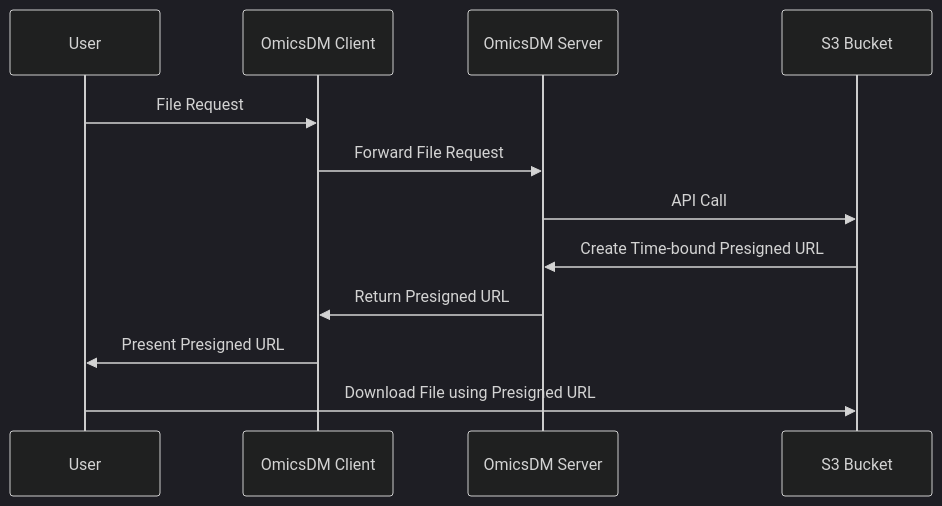
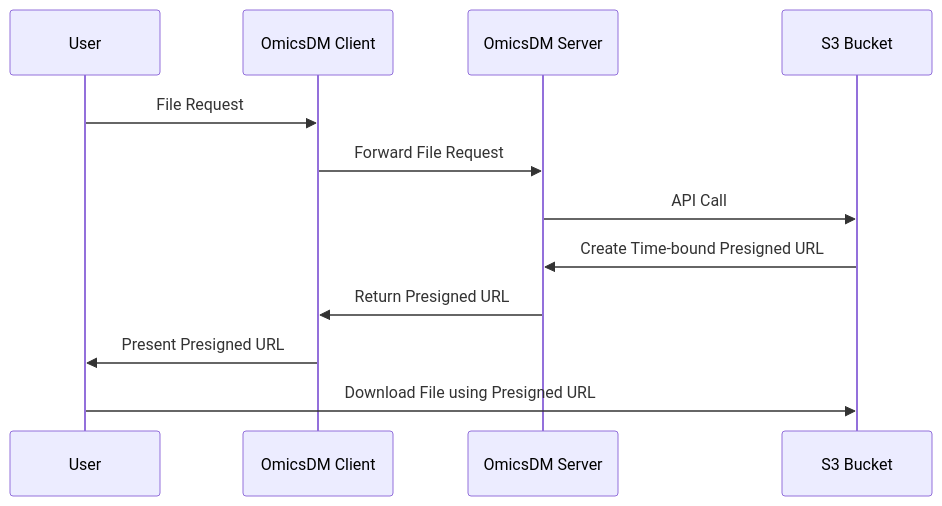
The diagram in docs/content/concepts/distributed-file-storage.md (CNAG-Biomedical-Informatics/omicsdm-documentation), drawn with Mermaid before and after one commit. The commit also changed 3 other files, not shown here.

Commit message:
switching themes reloads page + rerenders mermaid diagrams

````diff
--- a/docs/content/concepts/distributed-file-storage.md
+++ b/docs/content/concepts/distributed-file-storage.md
@@ -18,16 +18,15 @@
 ```mermaid
-    %%{init: {'theme': 'dark'}}%%
     sequenceDiagram
         participant User
         participant omicsdm_client as OmicsDM Client
         participant omicsdm_server as OmicsDM Server
         participant S3 as S3 Bucket
 
         User->>omicsdm_client: File Request
         omicsdm_client->>omicsdm_server: Forward File Request
         omicsdm_server->>S3: API Call
         S3->>omicsdm_server: Create Time-bound Presigned URL
         omicsdm_server->>omicsdm_client: Return Presigned URL
         omicsdm_client->>User: Present Presigned URL
         User->>S3: Download File using Presigned URL
 ```
````
